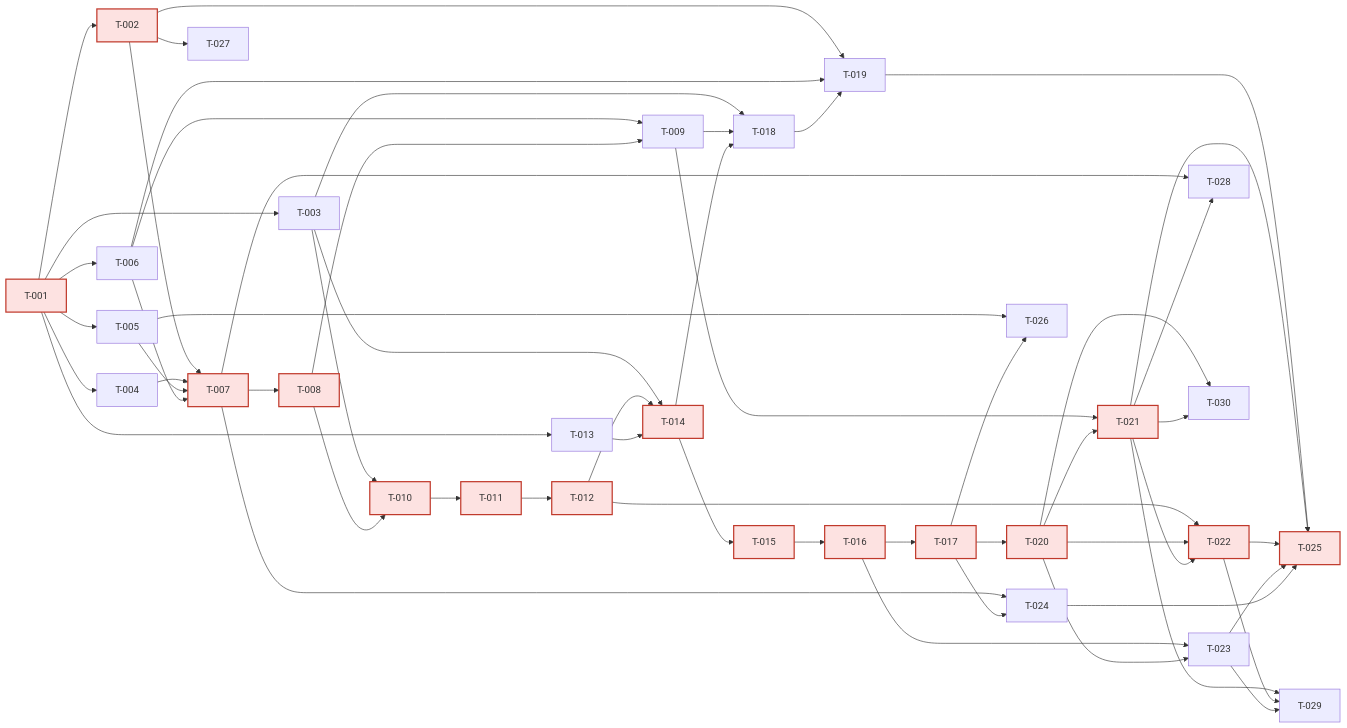
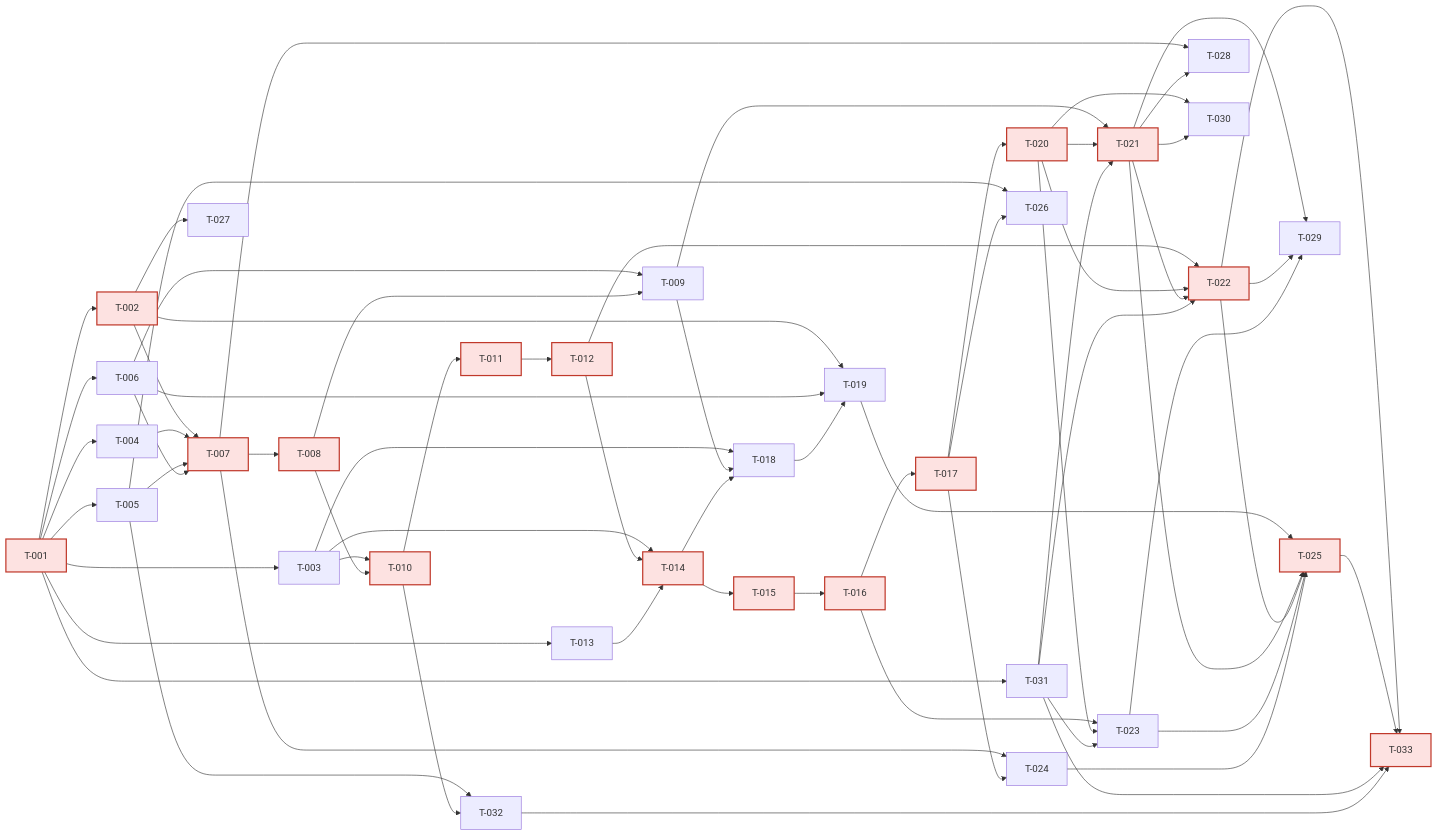
The diagram in spec-pack/08-backlog.md (AndersonYzarra/mi-junta), drawn with Mermaid before and after one commit. The commit also changed other lines of this file and 10 other files, not shown here.

````diff
--- a/spec-pack/08-backlog.md
+++ b/spec-pack/08-backlog.md
@@ -101,30 +114,33 @@
 ```mermaid
 flowchart LR
     T001[T-001] --> T002[T-002] & T003[T-003] & T004[T-004] & T005[T-005] & T006[T-006] & T013[T-013]
     T002 & T004 & T005 & T006 --> T007[T-007]
     T007 --> T008[T-008]
     T006 & T008 --> T009[T-009]
     T003 & T008 --> T010[T-010]
     T010 --> T011[T-011]
     T011 --> T012[T-012]
     T003 & T012 & T013 --> T014[T-014]
     T014 --> T015[T-015]
     T015 --> T016[T-016]
     T016 --> T017[T-017]
     T003 & T009 & T014 --> T018[T-018]
     T002 & T006 & T018 --> T019[T-019]
     T017 --> T020[T-020]
-    T009 & T020 --> T021[T-021]
-    T012 & T020 & T021 --> T022[T-022]
-    T016 & T020 --> T023[T-023]
+    T001 --> T031[T-031]
+    T009 & T020 & T031 --> T021[T-021]
+    T012 & T020 & T021 & T031 --> T022[T-022]
+    T016 & T020 & T031 --> T023[T-023]
     T007 & T017 --> T024[T-024]
     T019 & T021 & T022 & T023 & T024 --> T025[T-025]
     T005 & T017 --> T026[T-026]
     T002 --> T027[T-027]
     T007 & T021 --> T028[T-028]
     T021 & T022 & T023 --> T029[T-029]
     T020 & T021 --> T030[T-030]
+    T005 & T010 --> T032[T-032]
+    T022 & T025 & T031 & T032 --> T033[T-033]
 
     classDef critical fill:#fde2e1,stroke:#c0392b,stroke-width:2px
-    class T001,T002,T007,T008,T010,T011,T012,T014,T015,T016,T017,T020,T021,T022,T025 critical
+    class T001,T002,T007,T008,T010,T011,T012,T014,T015,T016,T017,T020,T021,T022,T025,T033 critical
 ```
````
